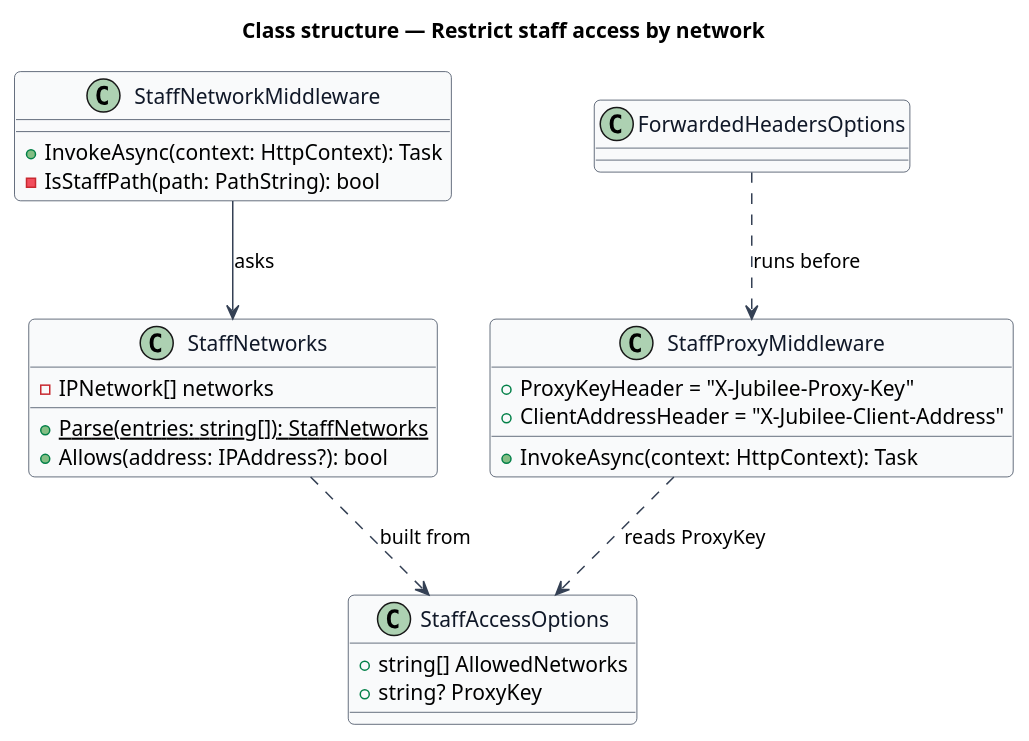
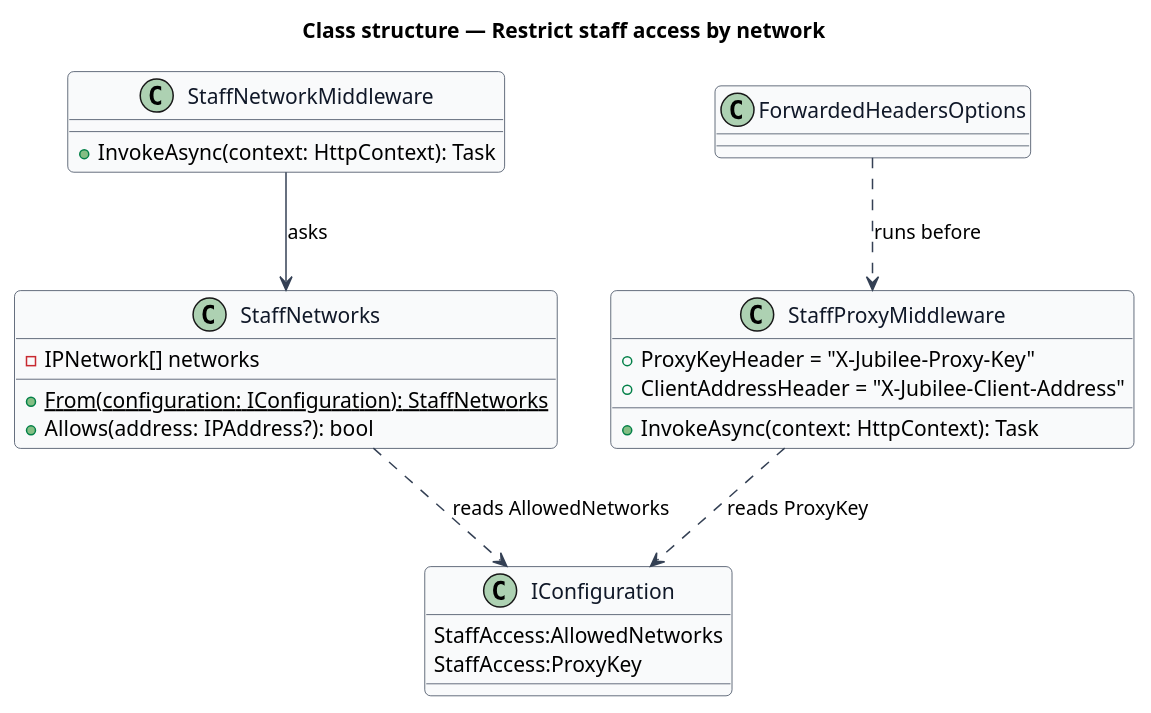
The diagram in docs/detailed-designs/security/restrict-staff-network/diagrams/class-structure.puml (QuinntyneBrown/jubilee), drawn with PlantUML before and after one commit. The commit also changed 13 other files, not shown here.

Commit message:
Designs of journey 30 name the classes the code built: TryBindTo, StaffSession's challenge and forbid events, StaffNetworks.From, StaffSessionDto

```diff
--- a/docs/detailed-designs/security/restrict-staff-network/diagrams/class-structure.puml
+++ b/docs/detailed-designs/security/restrict-staff-network/diagrams/class-structure.puml
@@ -1,37 +1,36 @@
 @startuml
 skinparam backgroundColor #FFFFFF
 skinparam shadowing false
 skinparam roundcorner 8
 skinparam defaultFontName Arial
 skinparam ArrowColor #344054
 skinparam class {
   BorderColor #344054
   FontColor #101828
   BackgroundColor #F9FAFB
 }
 title Class structure — Restrict staff access by network
 
-class StaffAccessOptions {
-  +string[] AllowedNetworks
-  +string? ProxyKey
+class IConfiguration {
+  StaffAccess:AllowedNetworks
+  StaffAccess:ProxyKey
 }
 class StaffNetworks {
   -IPNetwork[] networks
-  +{static} Parse(entries: string[]): StaffNetworks
+  +{static} From(configuration: IConfiguration): StaffNetworks
   +Allows(address: IPAddress?): bool
 }
 class StaffNetworkMiddleware {
   +InvokeAsync(context: HttpContext): Task
-  -IsStaffPath(path: PathString): bool
 }
 class StaffProxyMiddleware {
   +ProxyKeyHeader = "X-Jubilee-Proxy-Key"
   +ClientAddressHeader = "X-Jubilee-Client-Address"
   +InvokeAsync(context: HttpContext): Task
 }
 class ForwardedHeadersOptions
-StaffNetworks ..> StaffAccessOptions : built from
+StaffNetworks ..> IConfiguration : reads AllowedNetworks
 StaffNetworkMiddleware --> StaffNetworks : asks
-StaffProxyMiddleware ..> StaffAccessOptions : reads ProxyKey
+StaffProxyMiddleware ..> IConfiguration : reads ProxyKey
 ForwardedHeadersOptions ..> StaffProxyMiddleware : runs before
 @enduml
```
